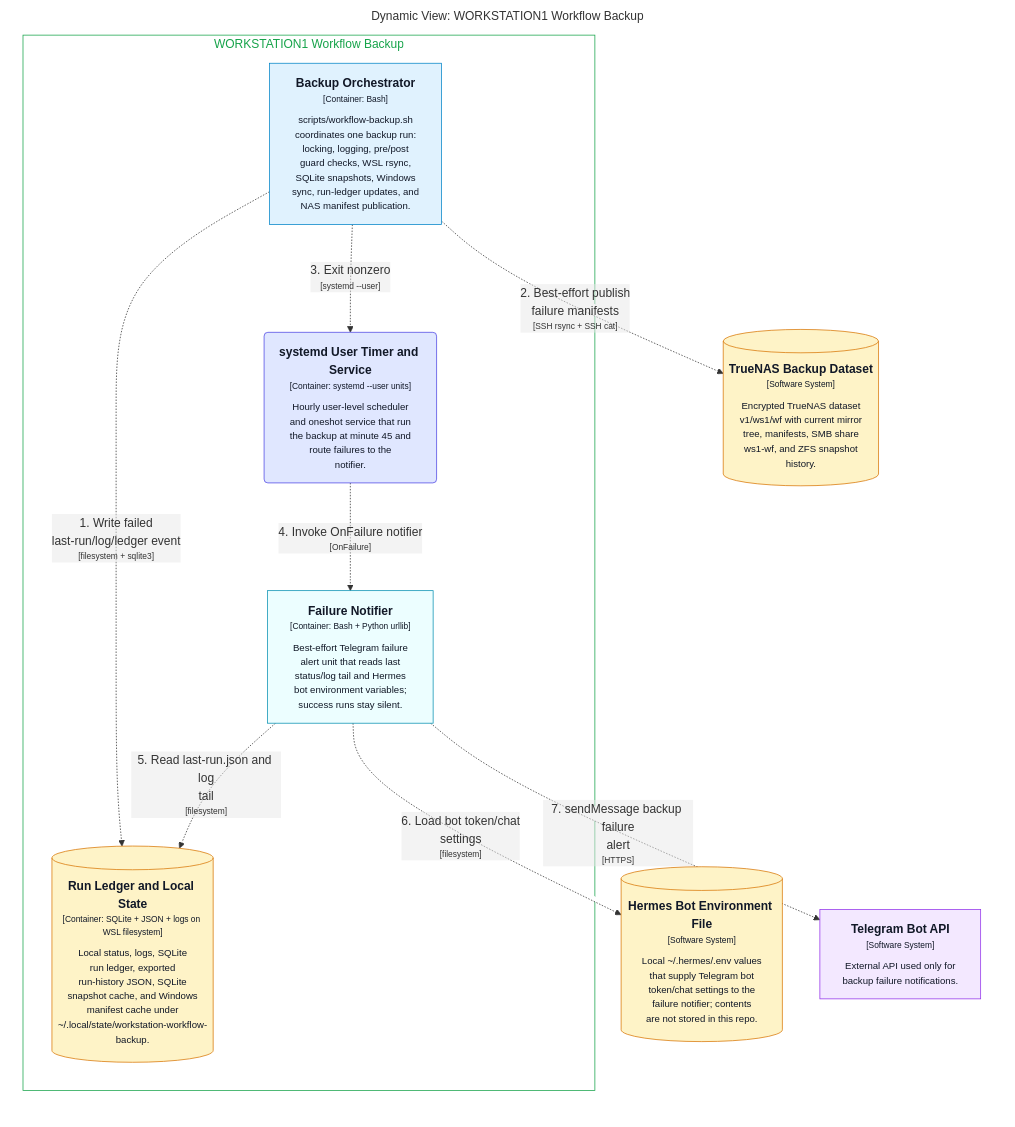
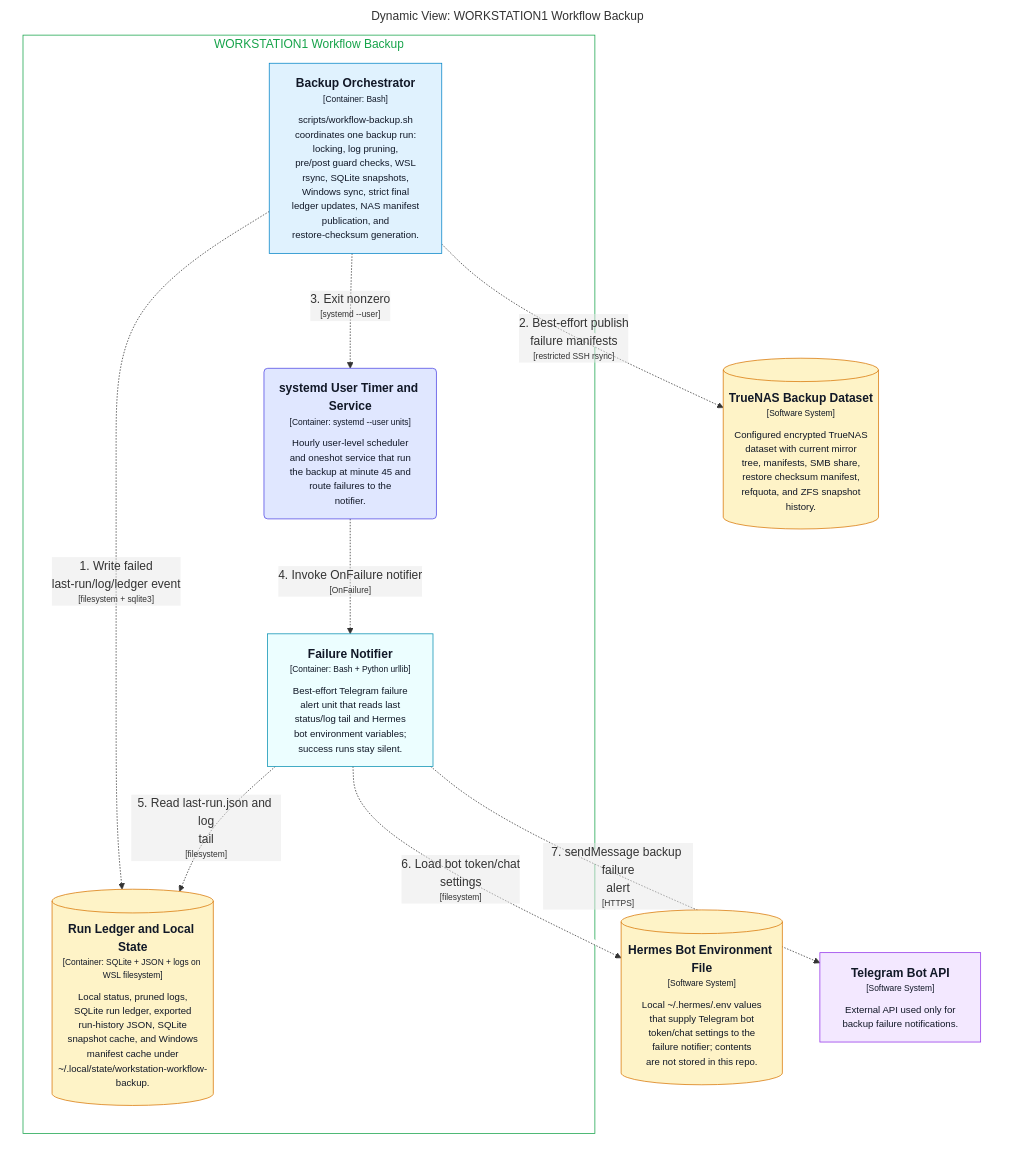
One commit to michaelnicks0/workstation-workflow-backup changed the diagram in docs/architecture/diagrams/markdown/FailureAlertFlow.md. Above: the diagram before and after it, drawn with Mermaid. The commit also changed 96 other files, not shown here.

Commit message:
backup: harden NAS runtime access

````diff
--- a/docs/architecture/diagrams/markdown/FailureAlertFlow.md
+++ b/docs/architecture/diagrams/markdown/FailureAlertFlow.md
@@ -16,37 +16,37 @@
 ```mermaid
 graph LR
   linkStyle default fill:#ffffff
 
   subgraph diagram ["Dynamic View: WORKSTATION1 Workflow Backup"]
     style diagram fill:#ffffff,stroke:#ffffff
 
     subgraph 2 ["WORKSTATION1 Workflow Backup"]
       style 2 fill:#ffffff,stroke:#16a34a,color:#16a34a
 
-      20["<div style='font-weight: bold'>Failure Notifier</div><div style='font-size: 70%; margin-top: 0px'>[Container: Bash + Python urllib]</div><div style='font-size: 80%; margin-top:10px'>Best-effort Telegram failure<br />alert unit that reads last<br />status/log tail and Hermes<br />bot environment variables;<br />success runs stay silent.</div>"]
-      style 20 fill:#ecfeff,stroke:#0891b2,color:#111827
-      21[("<div style='font-weight: bold'>Run Ledger and Local State</div><div style='font-size: 70%; margin-top: 0px'>[Container: SQLite + JSON + logs on WSL filesystem]</div><div style='font-size: 80%; margin-top:10px'>Local status, logs, SQLite<br />run ledger, exported<br />run-history JSON, SQLite<br />snapshot cache, and Windows<br />manifest cache under<br />~/.local/state/workstation-workflow-backup.</div>")]
-      style 21 fill:#fef3c7,stroke:#d97706,color:#111827
+      24["<div style='font-weight: bold'>Failure Notifier</div><div style='font-size: 70%; margin-top: 0px'>[Container: Bash + Python urllib]</div><div style='font-size: 80%; margin-top:10px'>Best-effort Telegram failure<br />alert unit that reads last<br />status/log tail and Hermes<br />bot environment variables;<br />success runs stay silent.</div>"]
+      style 24 fill:#ecfeff,stroke:#0891b2,color:#111827
+      25[("<div style='font-weight: bold'>Run Ledger and Local State</div><div style='font-size: 70%; margin-top: 0px'>[Container: SQLite + JSON + logs on WSL filesystem]</div><div style='font-size: 80%; margin-top:10px'>Local status, pruned logs,<br />SQLite run ledger, exported<br />run-history JSON, SQLite<br />snapshot cache, and Windows<br />manifest cache under<br />~/.local/state/workstation-workflow-backup.</div>")]
+      style 25 fill:#fef3c7,stroke:#d97706,color:#111827
       3("<div style='font-weight: bold'>systemd User Timer and Service</div><div style='font-size: 70%; margin-top: 0px'>[Container: systemd --user units]</div><div style='font-size: 80%; margin-top:10px'>Hourly user-level scheduler<br />and oneshot service that run<br />the backup at minute 45 and<br />route failures to the<br />notifier.</div>")
       style 3 fill:#e0e7ff,stroke:#4f46e5,color:#111827
-      4["<div style='font-weight: bold'>Backup Orchestrator</div><div style='font-size: 70%; margin-top: 0px'>[Container: Bash]</div><div style='font-size: 80%; margin-top:10px'>scripts/workflow-backup.sh<br />coordinates one backup run:<br />locking, logging, pre/post<br />guard checks, WSL rsync,<br />SQLite snapshots, Windows<br />sync, run-ledger updates, and<br />NAS manifest publication.</div>"]
+      4["<div style='font-weight: bold'>Backup Orchestrator</div><div style='font-size: 70%; margin-top: 0px'>[Container: Bash]</div><div style='font-size: 80%; margin-top:10px'>scripts/workflow-backup.sh<br />coordinates one backup run:<br />locking, log pruning,<br />pre/post guard checks, WSL<br />rsync, SQLite snapshots,<br />Windows sync, strict final<br />ledger updates, NAS manifest<br />publication, and<br />restore-checksum generation.</div>"]
       style 4 fill:#e0f2fe,stroke:#0284c7,color:#111827
     end
 
-    24[("<div style='font-weight: bold'>TrueNAS Backup Dataset</div><div style='font-size: 70%; margin-top: 0px'>[Software System]</div><div style='font-size: 80%; margin-top:10px'>Encrypted TrueNAS dataset<br />v1/ws1/wf with current mirror<br />tree, manifests, SMB share<br />ws1-wf, and ZFS snapshot<br />history.</div>")]
-    style 24 fill:#fef3c7,stroke:#d97706,color:#111827
-    26[("<div style='font-weight: bold'>Hermes Bot Environment File</div><div style='font-size: 70%; margin-top: 0px'>[Software System]</div><div style='font-size: 80%; margin-top:10px'>Local ~/.hermes/.env values<br />that supply Telegram bot<br />token/chat settings to the<br />failure notifier; contents<br />are not stored in this repo.</div>")]
-    style 26 fill:#fef3c7,stroke:#d97706,color:#111827
-    27["<div style='font-weight: bold'>Telegram Bot API</div><div style='font-size: 70%; margin-top: 0px'>[Software System]</div><div style='font-size: 80%; margin-top:10px'>External API used only for<br />backup failure notifications.</div>"]
-    style 27 fill:#f3e8ff,stroke:#9333ea,color:#111827
+    28[("<div style='font-weight: bold'>TrueNAS Backup Dataset</div><div style='font-size: 70%; margin-top: 0px'>[Software System]</div><div style='font-size: 80%; margin-top:10px'>Configured encrypted TrueNAS<br />dataset with current mirror<br />tree, manifests, SMB share,<br />restore checksum manifest,<br />refquota, and ZFS snapshot<br />history.</div>")]
+    style 28 fill:#fef3c7,stroke:#d97706,color:#111827
+    30[("<div style='font-weight: bold'>Hermes Bot Environment File</div><div style='font-size: 70%; margin-top: 0px'>[Software System]</div><div style='font-size: 80%; margin-top:10px'>Local ~/.hermes/.env values<br />that supply Telegram bot<br />token/chat settings to the<br />failure notifier; contents<br />are not stored in this repo.</div>")]
+    style 30 fill:#fef3c7,stroke:#d97706,color:#111827
+    31["<div style='font-weight: bold'>Telegram Bot API</div><div style='font-size: 70%; margin-top: 0px'>[Software System]</div><div style='font-size: 80%; margin-top:10px'>External API used only for<br />backup failure notifications.</div>"]
+    style 31 fill:#f3e8ff,stroke:#9333ea,color:#111827
 
-    4-. "<div>1. Write failed<br />last-run/log/ledger event</div><div style='font-size: 70%'>[filesystem + sqlite3]</div>" .->21
-    4-. "<div>2. Best-effort publish<br />failure manifests</div><div style='font-size: 70%'>[SSH rsync + SSH cat]</div>" .->24
+    4-. "<div>1. Write failed<br />last-run/log/ledger event</div><div style='font-size: 70%'>[filesystem + sqlite3]</div>" .->25
+    4-. "<div>2. Best-effort publish<br />failure manifests</div><div style='font-size: 70%'>[restricted SSH rsync]</div>" .->28
     4-. "<div>3. Exit nonzero</div><div style='font-size: 70%'>[systemd --user]</div>" .->3
-    3-. "<div>4. Invoke OnFailure notifier</div><div style='font-size: 70%'>[OnFailure]</div>" .->20
-    20-. "<div>5. Read last-run.json and log<br />tail</div><div style='font-size: 70%'>[filesystem]</div>" .->21
-    20-. "<div>6. Load bot token/chat<br />settings</div><div style='font-size: 70%'>[filesystem]</div>" .->26
-    20-. "<div>7. sendMessage backup failure<br />alert</div><div style='font-size: 70%'>[HTTPS]</div>" .->27
+    3-. "<div>4. Invoke OnFailure notifier</div><div style='font-size: 70%'>[OnFailure]</div>" .->24
+    24-. "<div>5. Read last-run.json and log<br />tail</div><div style='font-size: 70%'>[filesystem]</div>" .->25
+    24-. "<div>6. Load bot token/chat<br />settings</div><div style='font-size: 70%'>[filesystem]</div>" .->30
+    24-. "<div>7. sendMessage backup failure<br />alert</div><div style='font-size: 70%'>[HTTPS]</div>" .->31
 
   end
 ```
````
